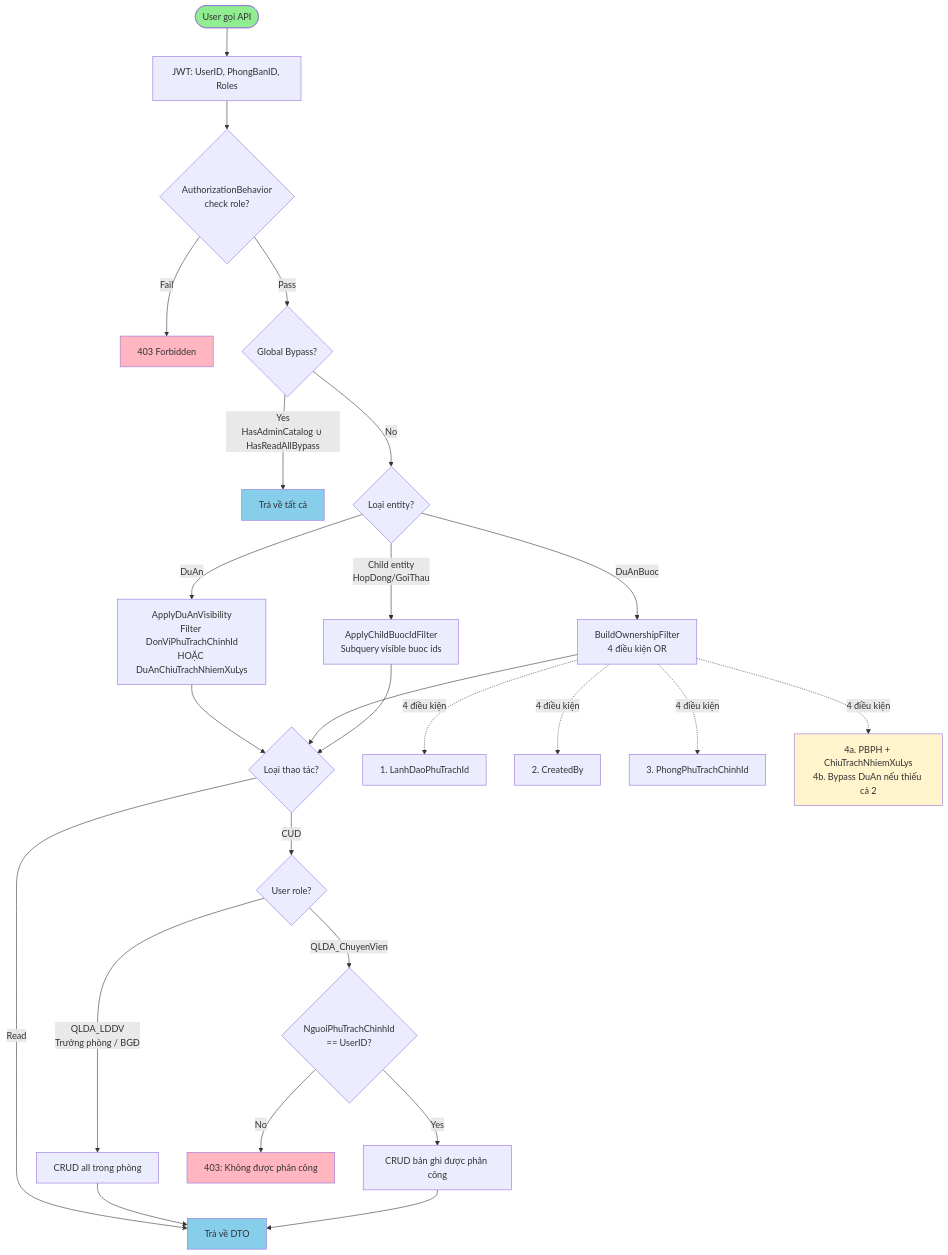
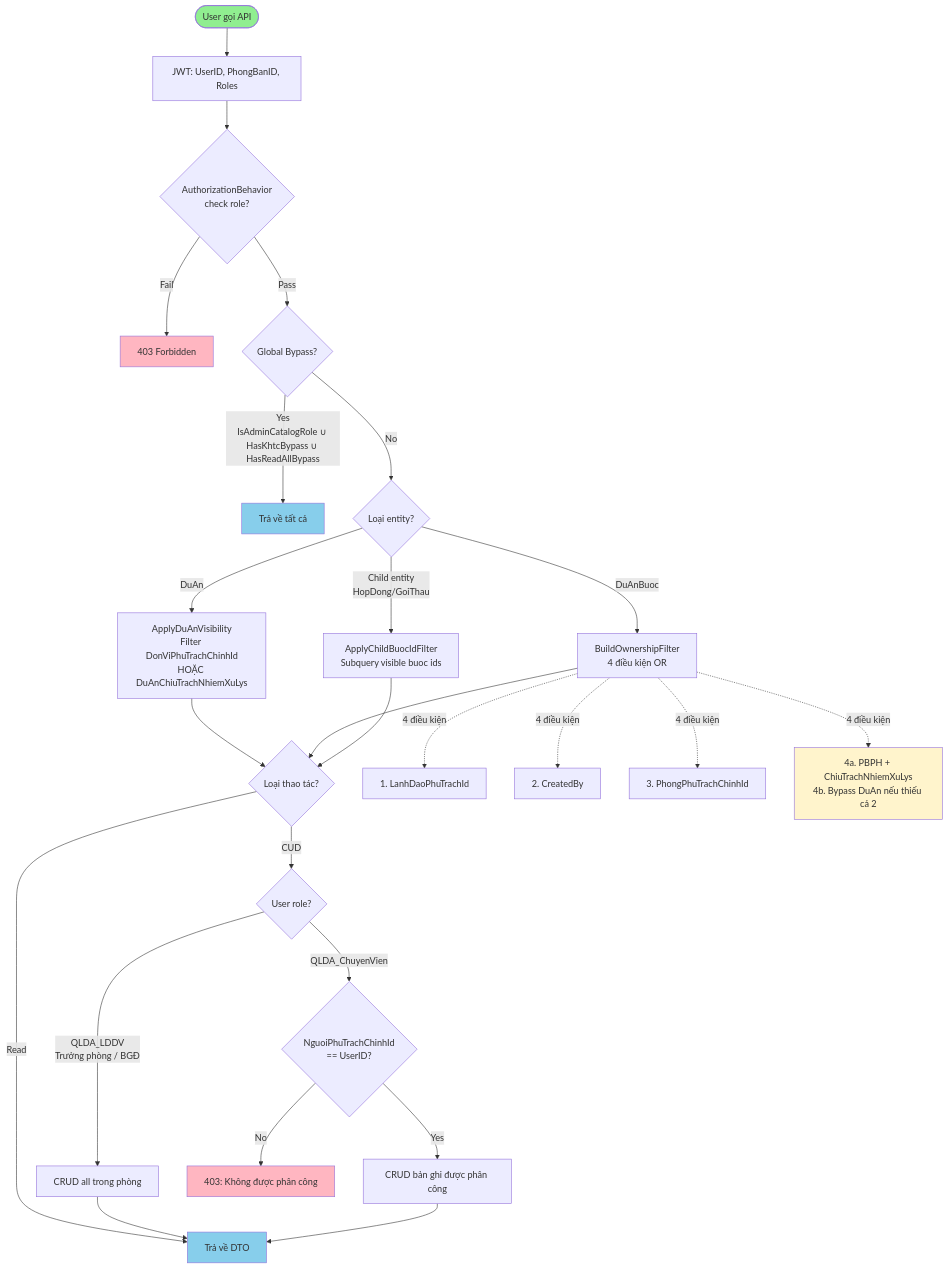
One commit to thinlam/Quan_Ly_Du_An changed the fourth of 6 diagrams in docs/feature/RoleClaimPolicy/phan-quyen-theo-phong-ban-integration-guide.md. Above: the diagram before and after it, drawn with Mermaid. The commit also changed other lines of this file and 101 other files, not shown here.

````diff
--- a/docs/feature/RoleClaimPolicy/phan-quyen-theo-phong-ban-integration-guide.md
+++ b/docs/feature/RoleClaimPolicy/phan-quyen-theo-phong-ban-integration-guide.md
@@ -961,44 +1032,44 @@
 ```mermaid
 flowchart TD
     Start([User gọi API]) --> Extract[JWT: UserID, PhongBanID, Roles]
     Extract --> CheckAuth{AuthorizationBehavior<br/>check role?}
 
     CheckAuth -->|Fail| Deny1[403 Forbidden]
     CheckAuth -->|Pass| GlobalBypass{Global Bypass?}
 
-    GlobalBypass -->|Yes<br/>HasAdminCatalog ∪ HasReadAllBypass| ReturnAll[Trả về tất cả]
+    GlobalBypass -->|Yes<br/>IsAdminCatalogRole ∪ HasKhtcBypass ∪ HasReadAllBypass| ReturnAll[Trả về tất cả]
 
     GlobalBypass -->|No| EntityType{Loại entity?}
 
     EntityType -->|DuAn| DuAnFilter[ApplyDuAnVisibility<br/>Filter DonViPhuTrachChinhId<br/>HOẶC DuAnChiuTrachNhiemXuLys]
     EntityType -->|DuAnBuoc| BuocFilter[BuildOwnershipFilter<br/>4 điều kiện OR]
     EntityType -->|Child entity<br/>HopDong/GoiThau| ChildFilter[ApplyChildBuocIdFilter<br/>Subquery visible buoc ids]
 
     DuAnFilter --> CUDCheck{Loại thao tác?}
     BuocFilter --> CUDCheck
     ChildFilter --> CUDCheck
 
     BuocFilter -.->|4 điều kiện| Cond1[1. LanhDaoPhuTrachId]
     BuocFilter -.->|4 điều kiện| Cond2[2. CreatedBy]
     BuocFilter -.->|4 điều kiện| Cond3[3. PhongPhuTrachChinhId]
     BuocFilter -.->|4 điều kiện| Cond4[4a. PBPH + ChiuTrachNhiemXuLys<br/>4b. Bypass DuAn nếu thiếu cả 2]
 
     CUDCheck -->|Read| ReturnData[Trả về DTO]
     CUDCheck -->|CUD| RoleCheck{User role?}
 
     RoleCheck -->|QLDA_LDDV<br/>Trưởng phòng / BGĐ| FullCRUD[CRUD all trong phòng]
     RoleCheck -->|QLDA_ChuyenVien| AssignmentCheck{NguoiPhuTrachChinhId<br/>== UserID?}
 
     AssignmentCheck -->|Yes| PartialCRUD[CRUD bản ghi được phân công]
     AssignmentCheck -->|No| Deny2[403: Không được phân công]
 
     FullCRUD --> ReturnData
     PartialCRUD --> ReturnData
 
     style Start fill:#90EE90
     style Deny1 fill:#FFB6C1
     style Deny2 fill:#FFB6C1
     style ReturnAll fill:#87CEEB
     style ReturnData fill:#87CEEB
     style Cond4 fill:#fff4cc
 ```
````
